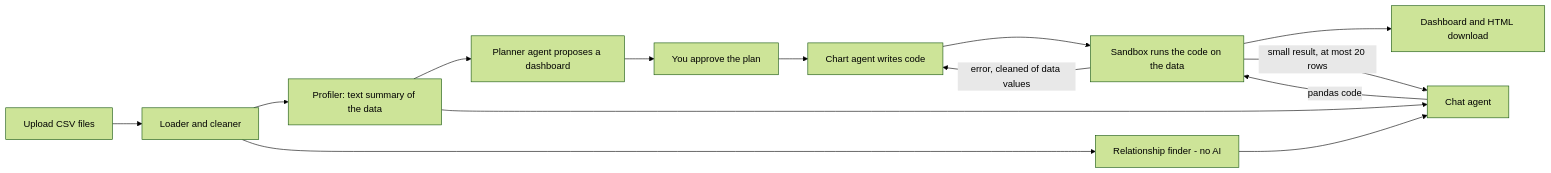
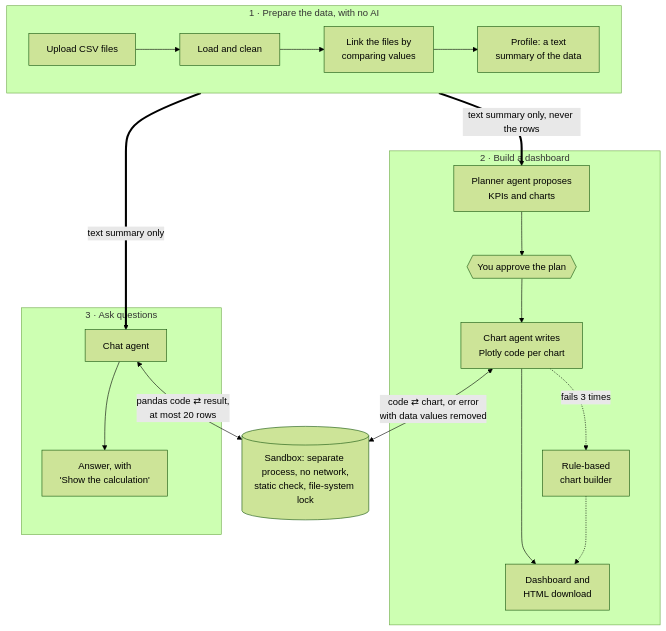
One commit to beingranjithm/data-analyst-agent changed the diagram in README.md. Above: the diagram before and after it, drawn with Mermaid (forest theme). The commit also changed 1 other file, not shown here.

Commit message:
Readable architecture diagram in the README and on the landing page
- README: the Mermaid diagram is laid out top to bottom in three lanes
  (prepare the data with no AI, build a dashboard, ask questions) with the
  sandbox between them and two-way arrows, so GitHub draws it at a
  readable size instead of one long, shrunken row.
- Landing page: a hand-drawn SVG version under "How it works", in the
  page's own colours (light and dark), with a legend and an accessible
  text description; on phones it scrolls sideways with a hint.

Claude-Session: https://claude.ai/code/session_01WWcxj85NFaSPdGoe48xqnG

````diff
--- a/README.md
+++ b/README.md
@@ -38,16 +38,25 @@
 ```mermaid
-flowchart LR
-    U[Upload CSV files] --> L[Loader and cleaner]
-    L --> P[Profiler: text summary of the data]
-    L --> R[Relationship finder - no AI]
-    P --> PL[Planner agent proposes a dashboard]
-    PL --> A[You approve the plan]
-    A --> CA[Chart agent writes code]
-    CA --> S[Sandbox runs the code on the data]
-    S -- "error, cleaned of data values" --> CA
-    S --> D[Dashboard and HTML download]
-    P --> C[Chat agent]
-    R --> C
-    C -- "pandas code" --> S
-    S -- "small result, at most 20 rows" --> C
+flowchart TB
+    subgraph PREP["1 · Prepare the data, with no AI"]
+        direction LR
+        U[Upload CSV files] --> L[Load and clean] --> R[Link the files by<br/>comparing values] --> P[Profile: a text<br/>summary of the data]
+    end
+
+    PREP == "text summary only, never the rows" ==> PL
+    PREP == "text summary only" ==> C
+
+    subgraph DASH["2 · Build a dashboard"]
+        PL[Planner agent proposes<br/>KPIs and charts] --> A{{You approve the plan}}
+        A --> CA[Chart agent writes<br/>Plotly code per chart]
+        CA --> D[Dashboard and<br/>HTML download]
+        CA -. "fails 3 times" .-> RB[Rule-based<br/>chart builder] -.-> D
+    end
+
+    subgraph CHAT["3 · Ask questions"]
+        C[Chat agent] --> ANS["Answer, with<br/>'Show the calculation'"]
+    end
+
+    CA <-- "code ⇄ chart, or error<br/>with data values removed" --> S
+    C <-- "pandas code ⇄ result,<br/>at most 20 rows" --> S
+    S[("Sandbox: separate process, no network,<br/>static check, file-system lock")]
 ```
````
